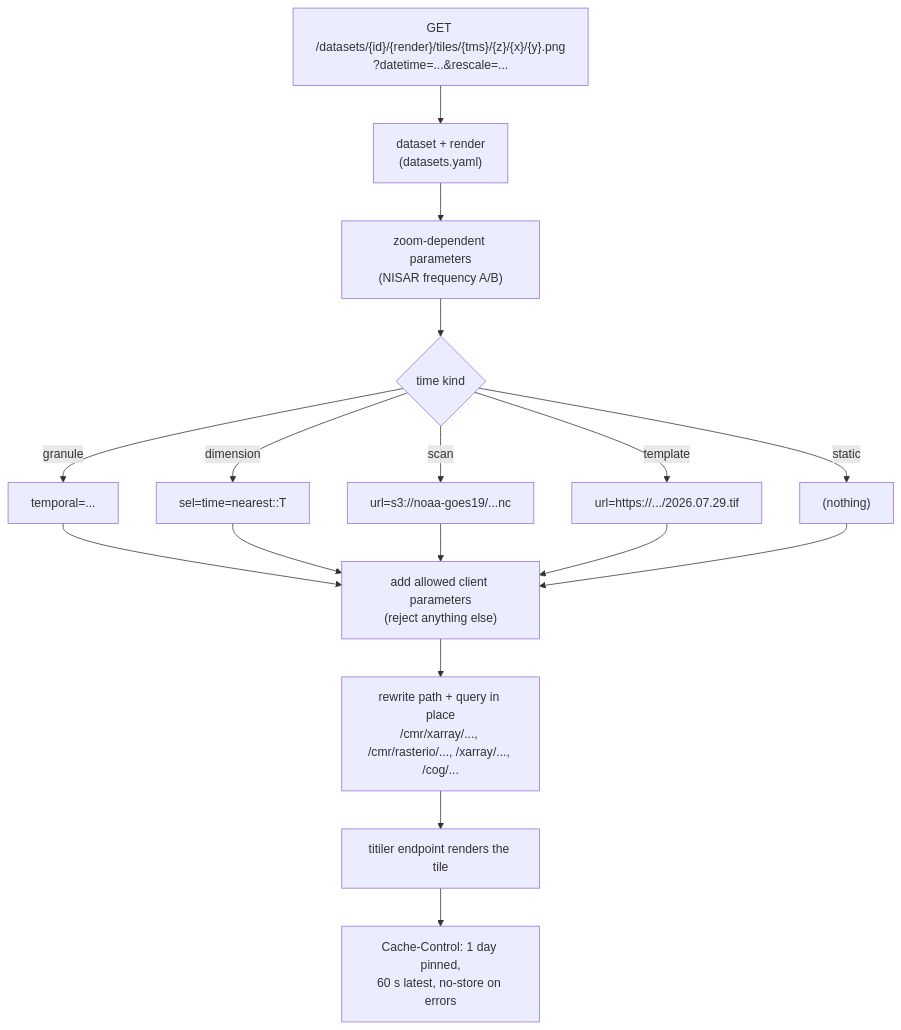
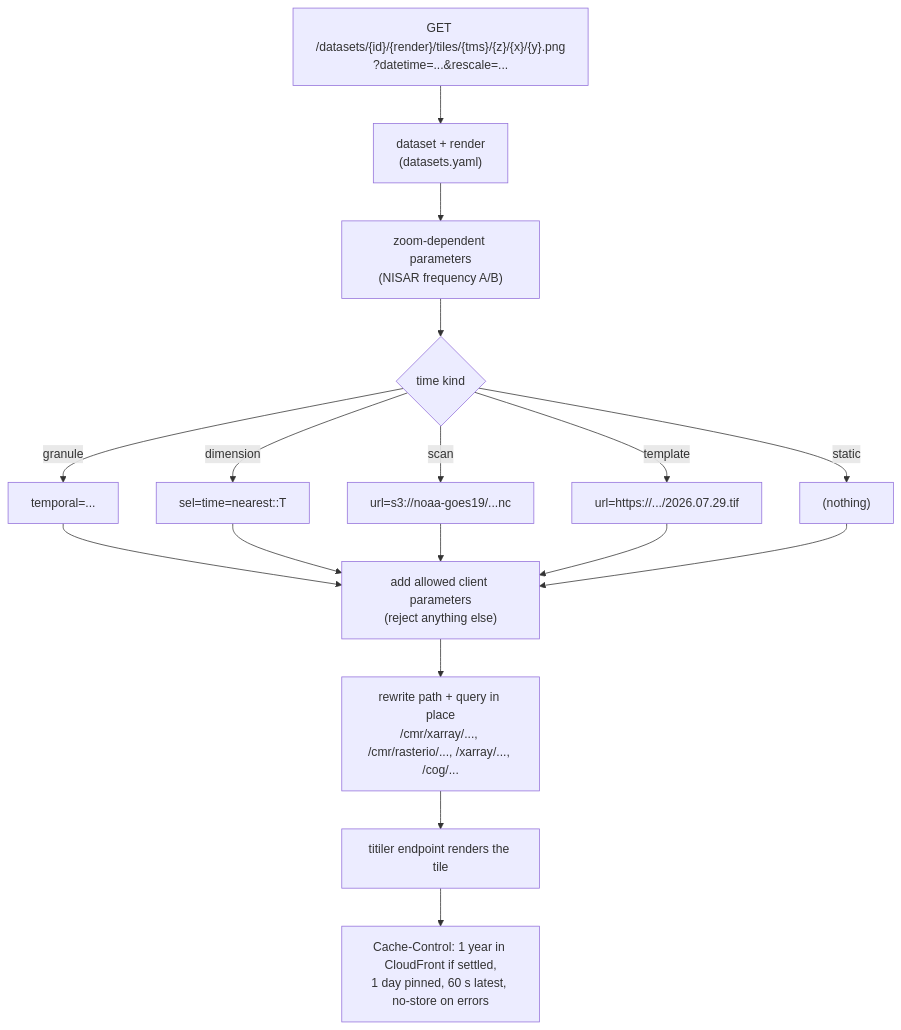
The diagram in docs/tiler/requests.md (YCGS-lab/multi-resolution-new-haven), drawn with Mermaid before and after one commit. The commit also changed other lines of this file and 9 other files, not shown here.

First line of the commit message:
Tiler: settled fixed-time tiles kept a year in CloudFront (s-maxage)

````diff
--- a/docs/tiler/requests.md
+++ b/docs/tiler/requests.md
@@ -6,15 +6,15 @@
 ```mermaid
 flowchart TD
   req["GET /datasets/{id}/{render}/tiles/{tms}/{z}/{x}/{y}.png<br/>?datetime=...&rescale=..."] --> lookup["dataset + render<br/>(datasets.yaml)"]
   lookup --> zoom["zoom-dependent parameters<br/>(NISAR frequency A/B)"]
   zoom --> time{"time kind"}
   time -- granule --> g["temporal=..."]
   time -- dimension --> d["sel=time=nearest::T"]
   time -- scan --> s["url=s3://noaa-goes19/...nc"]
   time -- template --> t["url=https://.../2026.07.29.tif"]
   time -- static --> n["(nothing)"]
   g & d & s & t & n --> allow["add allowed client parameters<br/>(reject anything else)"]
   allow --> rewrite["rewrite path + query in place<br/>/cmr/xarray/..., /cmr/rasterio/..., /xarray/..., /cog/..."]
   rewrite --> titiler["titiler endpoint renders the tile"]
-  titiler --> cc["Cache-Control: 1 day pinned,<br/>60 s latest, no-store on errors"]
+  titiler --> cc["Cache-Control: 1 year in CloudFront if settled,<br/>1 day pinned, 60 s latest, no-store on errors"]
 ```
````
